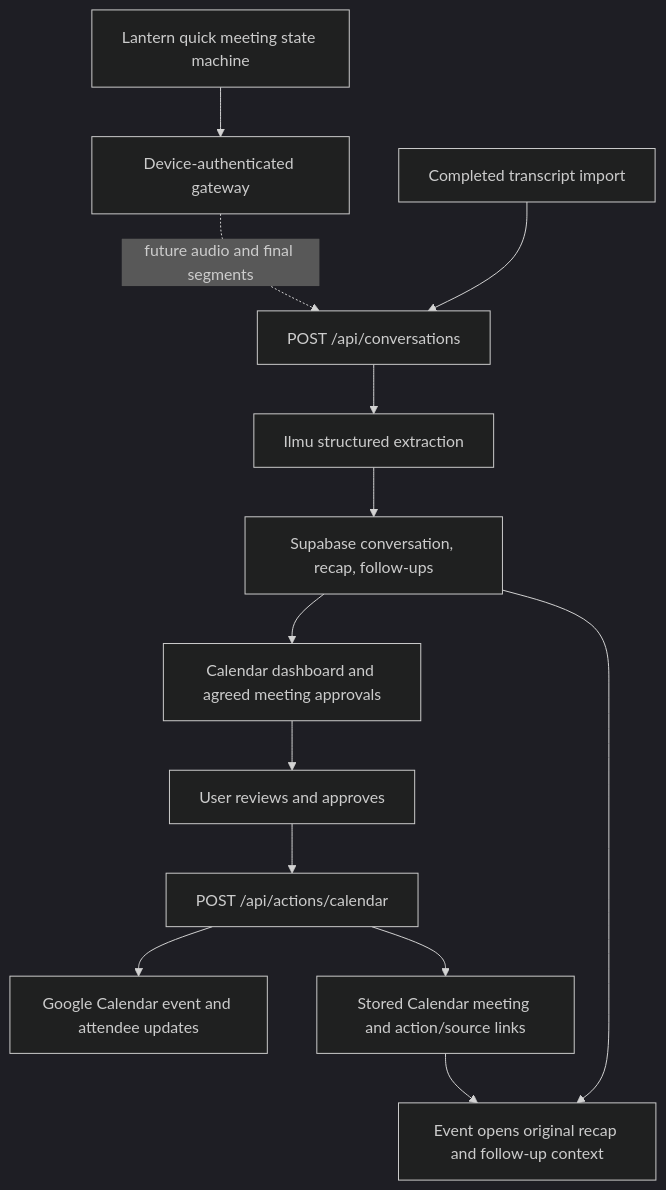
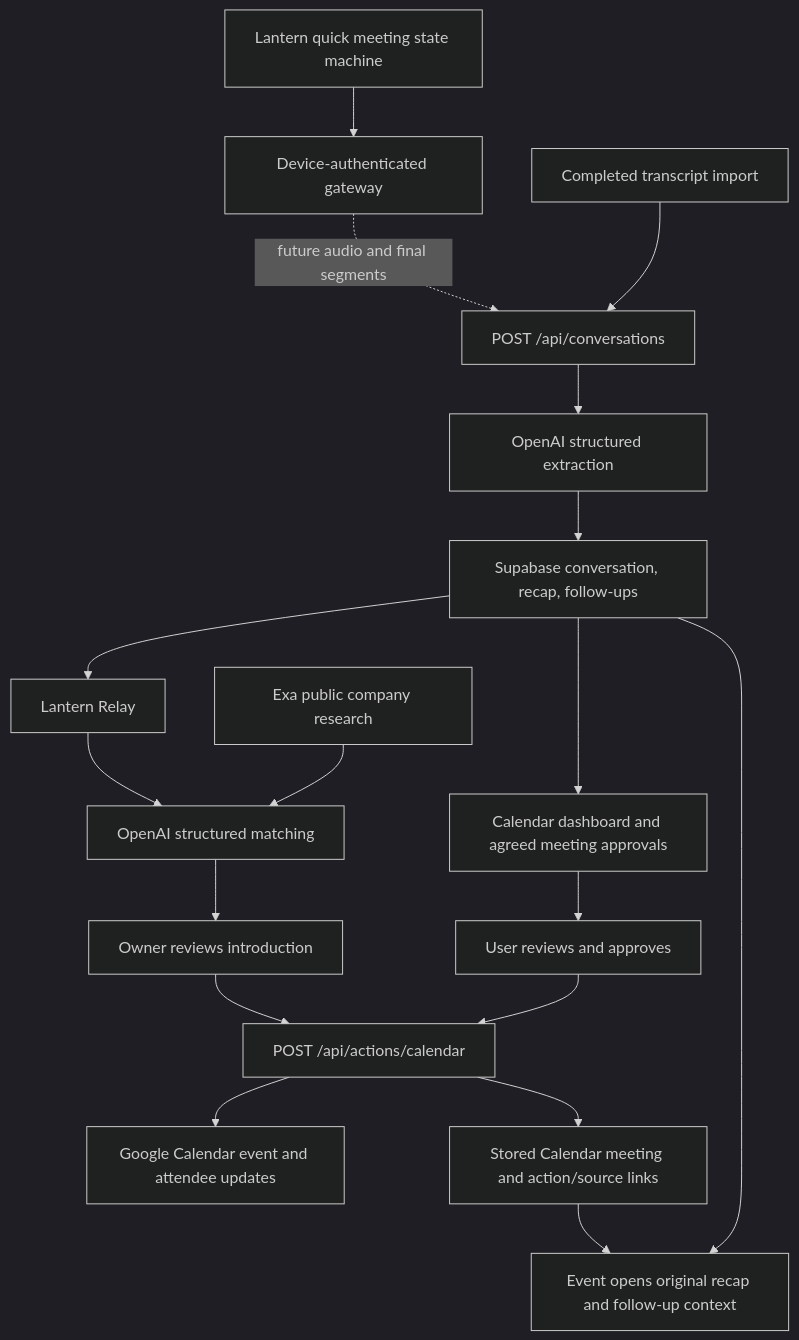
Before and after one commit to NathanHor22/Roxanne: the diagram in ARCHITECTURE.md, drawn with Mermaid (dark theme). The commit also changed other lines of this file and 46 other files, not shown here.

````diff
--- a/ARCHITECTURE.md
+++ b/ARCHITECTURE.md
@@ -18,15 +18,20 @@
 ```mermaid
 flowchart TD
     A[Lantern quick meeting state machine] --> B[Device-authenticated gateway]
     B -. future audio and final segments .-> C[POST /api/conversations]
     D[Completed transcript import] --> C
-    C --> E[Ilmu structured extraction]
+    C --> E[OpenAI structured extraction]
     E --> F[Supabase conversation, recap, follow-ups]
+    F --> M[Lantern Relay]
+    M --> N[OpenAI structured matching]
+    O[Exa public company research] --> N
+    N --> P[Owner reviews introduction]
+    P --> I
     F --> G[Calendar dashboard and agreed meeting approvals]
     G --> H[User reviews and approves]
     H --> I[POST /api/actions/calendar]
     I --> J[Google Calendar event and attendee updates]
     I --> K[Stored Calendar meeting and action/source links]
     K --> L[Event opens original recap and follow-up context]
     F --> L
 ```
````
